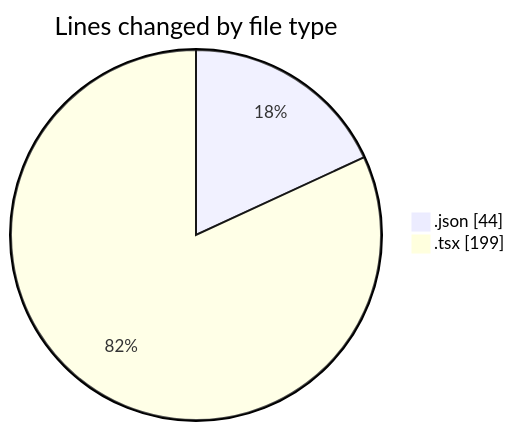
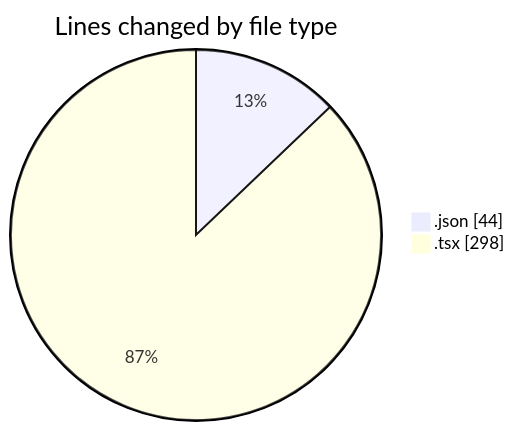
The first of 2 diagrams in 2025-03-18/peregrino-web/README.md (robertbonfada/code-tracking), drawn with Mermaid before and after one commit. The commit also changed other lines of this file and 1 other file, not shown here.

````diff
--- a/2025-03-18/peregrino-web/README.md
+++ b/2025-03-18/peregrino-web/README.md
@@ -21,6 +24,6 @@
 ```mermaid
 pie showData
 title Lines changed by file type
 ".json" : 44
-".tsx" : 199
+".tsx" : 298
 ```
````
